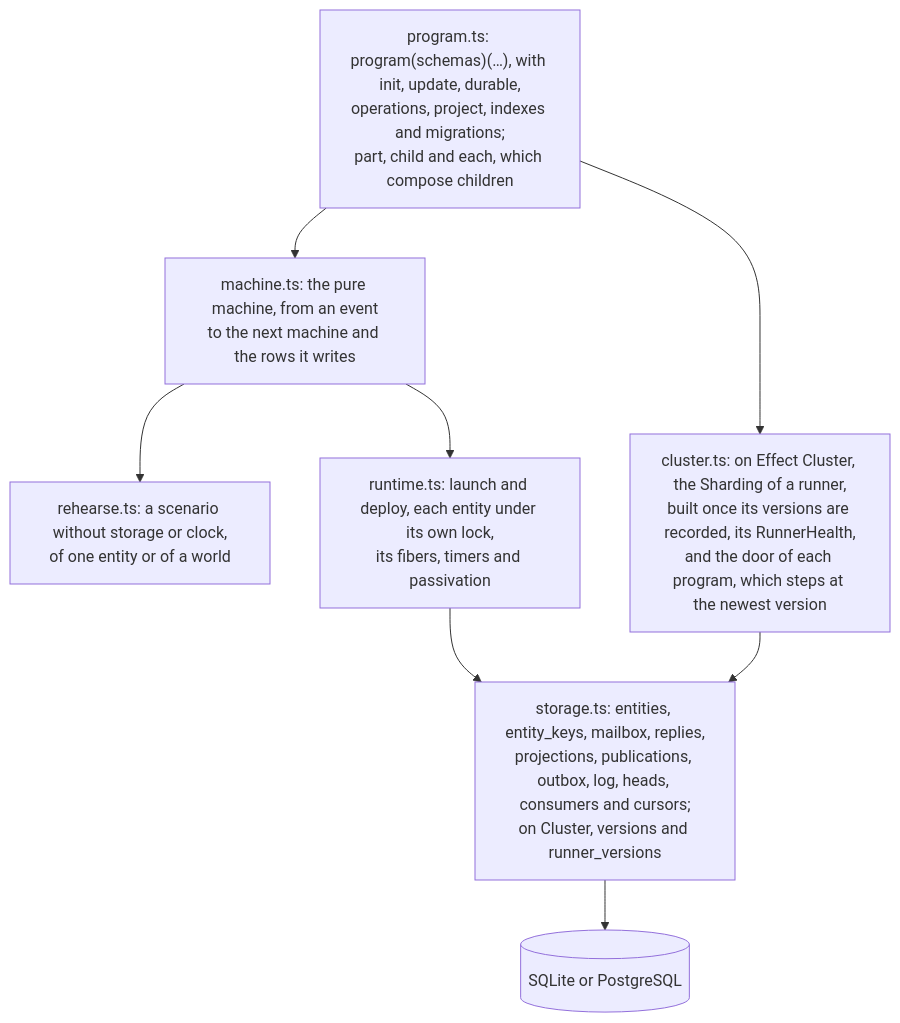
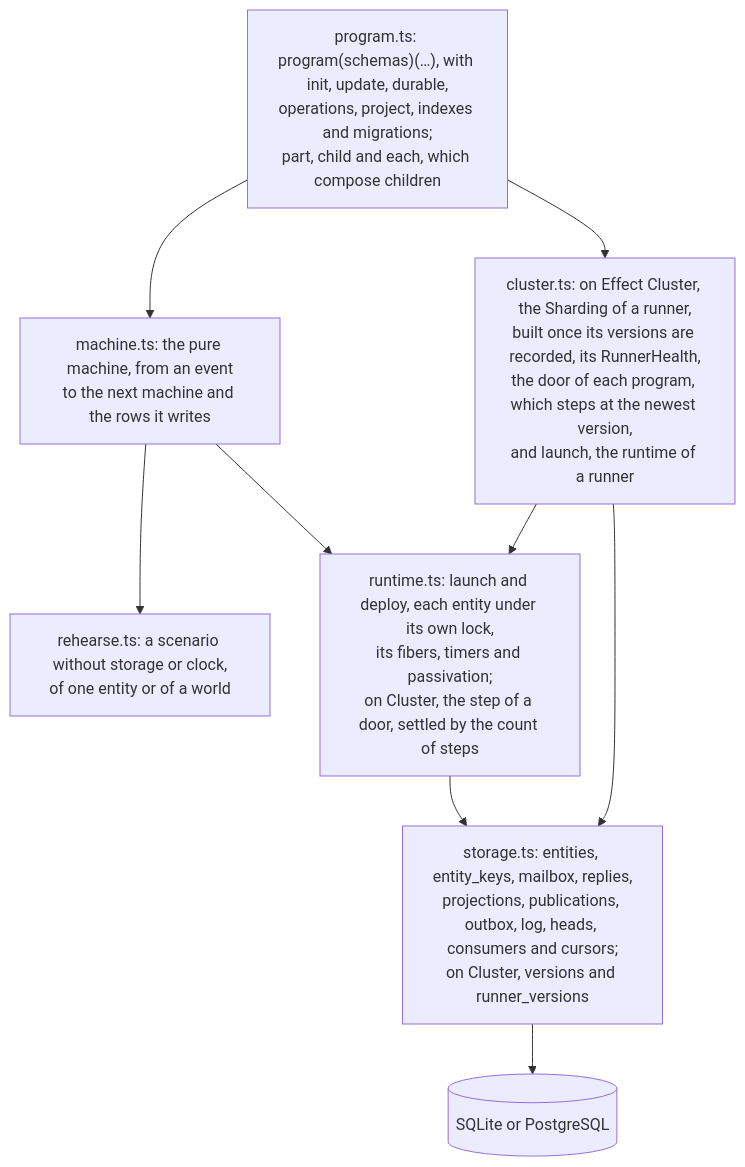
The second of 2 diagrams in README.md (fgaudo/effect-tea-durable), drawn with Mermaid before and after one commit. The commit also changed 8 other files, not shown here.

First line of the commit message:
runtime: settle a door's machine by its count of steps, with note 0161

````diff
--- a/README.md
+++ b/README.md
@@ -88,18 +88,19 @@
 ```mermaid
 flowchart TB
   program["program.ts: program(schemas)(…), with init, update, durable,<br/>operations, project, indexes and migrations;<br/>part, child and each, which compose children"]
   machine["machine.ts: the pure machine, from an event<br/>to the next machine and the rows it writes"]
   rehearse["rehearse.ts: a scenario without storage or clock,<br/>of one entity or of a world"]
-  runtime["runtime.ts: launch and deploy, each entity under its own lock,<br/>its fibers, timers and passivation"]
-  cluster["cluster.ts: on Effect Cluster, the Sharding of a runner,<br/>built once its versions are recorded, its RunnerHealth,<br/>and the door of each program, which steps at the newest version"]
+  runtime["runtime.ts: launch and deploy, each entity under its own lock,<br/>its fibers, timers and passivation;<br/>on Cluster, the step of a door, settled by the count of steps"]
+  cluster["cluster.ts: on Effect Cluster, the Sharding of a runner,<br/>built once its versions are recorded, its RunnerHealth,<br/>the door of each program, which steps at the newest version,<br/>and launch, the runtime of a runner"]
   storage["storage.ts: entities, entity_keys, mailbox, replies,<br/>projections, publications, outbox, log, heads, consumers and cursors;<br/>on Cluster, versions and runner_versions"]
   db[(SQLite or PostgreSQL)]
 
   program --> machine
   machine --> rehearse
   machine --> runtime
   program --> cluster
   runtime --> storage
+  cluster --> runtime
   cluster --> storage
   storage --> db
 ```
````
